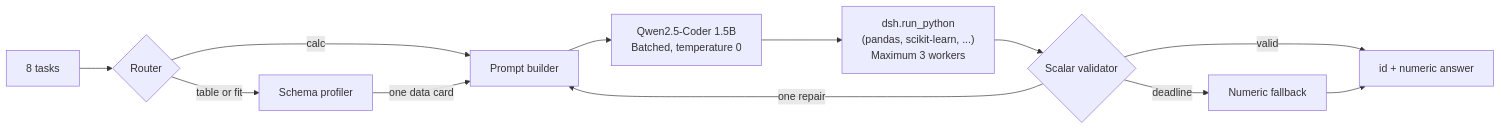
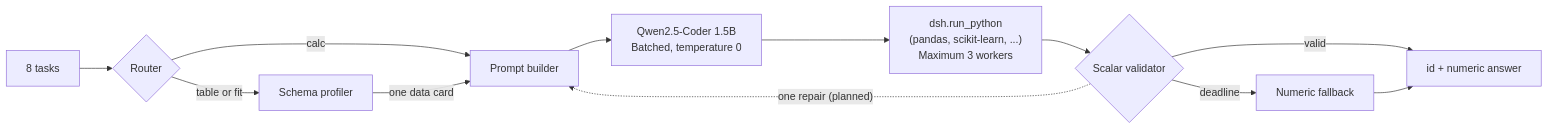
One commit to luc-polo/frugal-data-science-agent changed the diagram in recommended_architecture.md. Above: the diagram before and after it, drawn with Mermaid. The commit also changed other lines of this file and 3 other files, not shown here.

````diff
--- a/recommended_architecture.md
+++ b/recommended_architecture.md
@@ -15,14 +17,14 @@
 ```mermaid
 flowchart LR
     T["8 tasks"] --> R{"Router"}
     R -->|calc| P["Prompt builder"]
     R -->|table or fit| I["Schema profiler<br/>"]
     I -->|one data card| P
     P --> L["Qwen2.5-Coder 1.5B<br/>Batched, temperature 0"]
     L --> X["dsh.run_python<br/>(pandas, scikit-learn, ...)<br/>Maximum 3 workers"]
     X --> V{"Scalar validator"}
     V -->|valid| O["id + numeric answer"]
-    V -->|one repair| P
+    V -.->|"one repair (planned)"| P
     V -->|deadline| F["Numeric fallback"]
     F --> O
 ```
````
